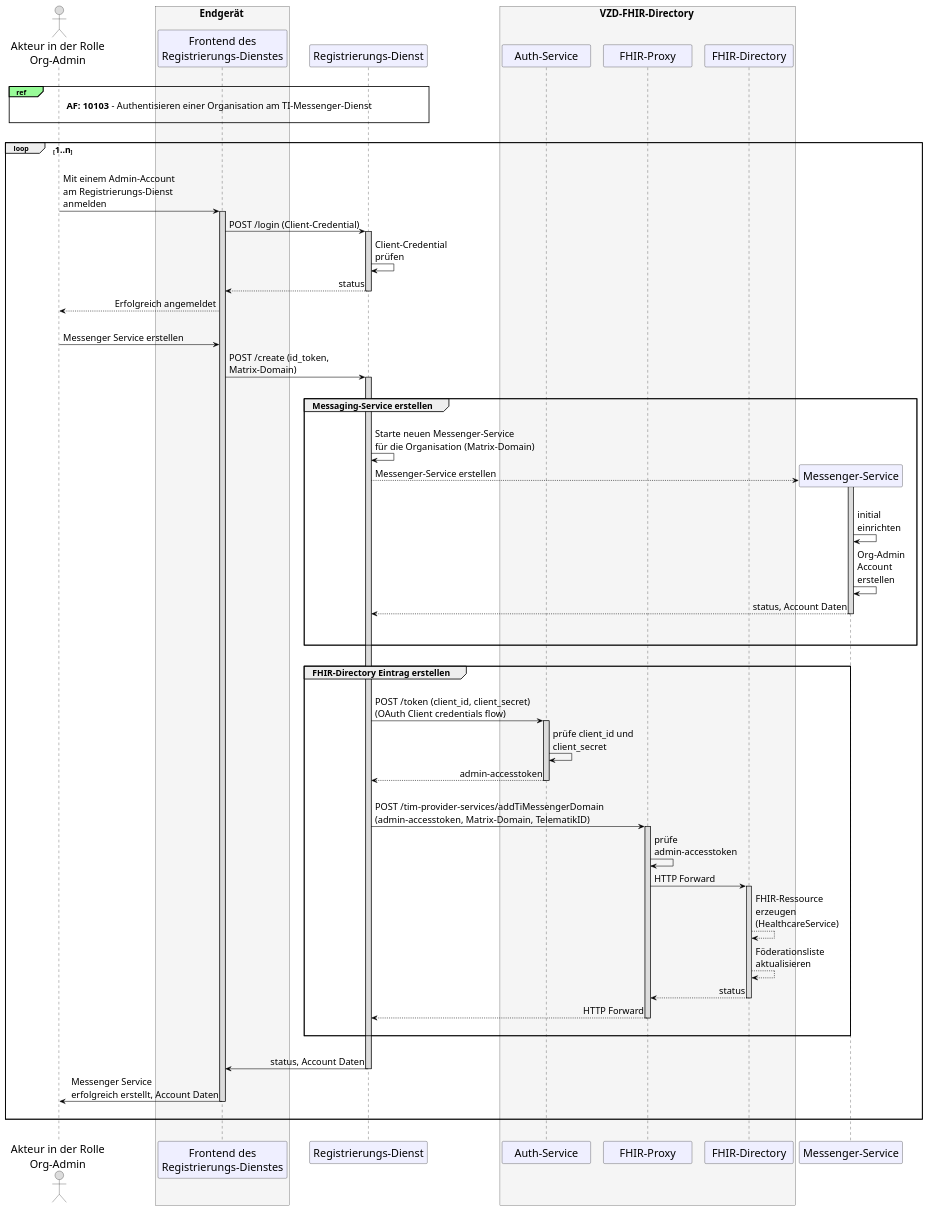
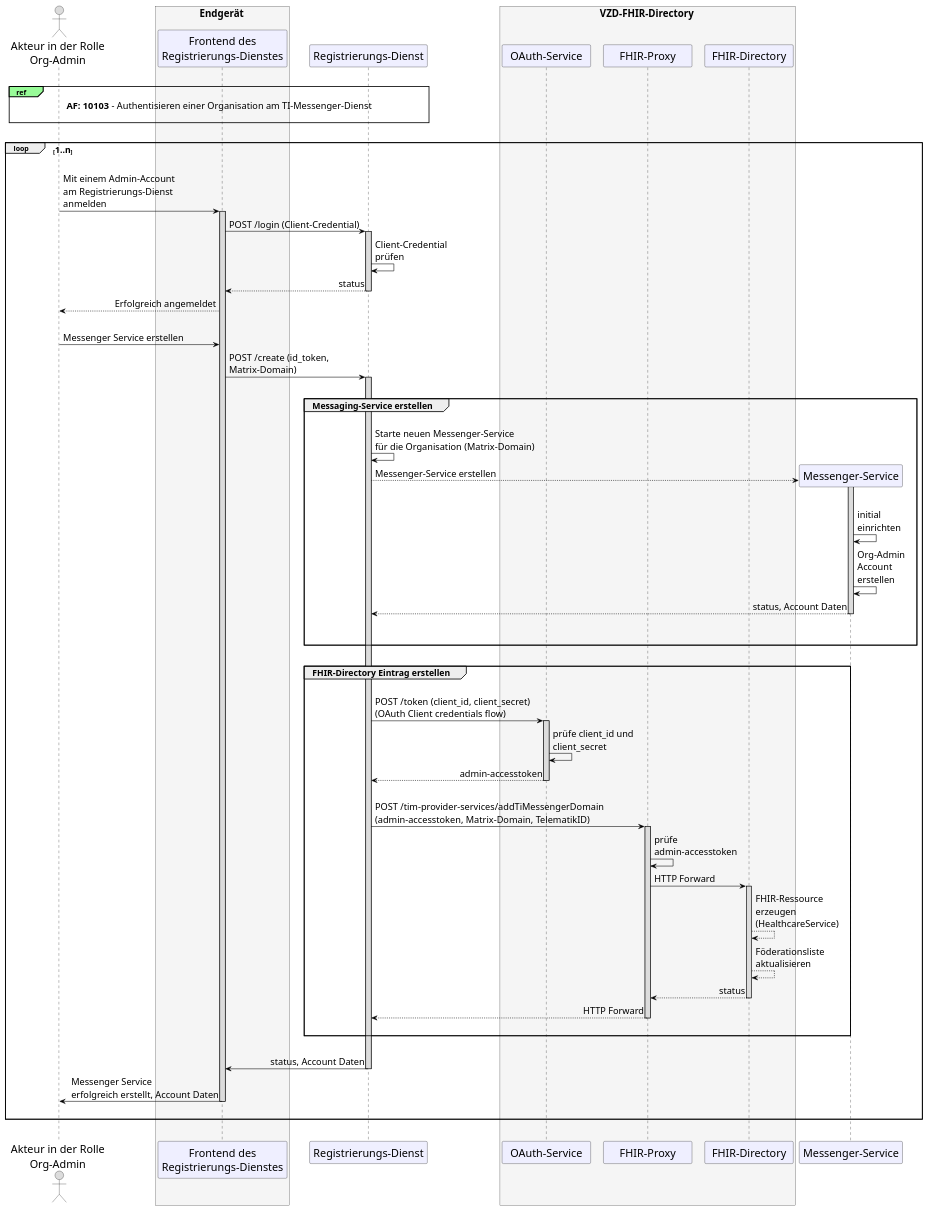
Before and after one commit to gematik/api-ti-messenger: the diagram in src/plantuml/TI-Messenger-Dienst/Ressourcen/UC_10060_Seq.puml, drawn with PlantUML.

```diff
--- a/src/plantuml/TI-Messenger-Dienst/Ressourcen/UC_10060_Seq.puml
+++ b/src/plantuml/TI-Messenger-Dienst/Ressourcen/UC_10060_Seq.puml
@@ -9,108 +9,108 @@
 @startuml
 skinparam sequenceMessageAlign direction
 skinparam WrapWidth 300
 skinparam minClassWidth 150
 skinparam BoxPadding 1
 skinparam sequenceReferenceHeaderBackgroundColor palegreen
 scale max 2048 width
 
 skinparam sequence {
 ArrowColor black
 ArrowFontSize 17
 ActorBorderColor black
 LifeLineBorderColor black
 LifeLineBackgroundColor Gainsboro
 
 ParticipantBorderColor Motivation
 ParticipantBackgroundColor Motivation
 ParticipantFontName Impact
 ParticipantFontSize 20
 ParticipantFontColor black
 ParticipantBorderColor Black
 ParticipantBackgroundColor MOTIVATION
 
 ActorBackgroundColor Gainsboro
 ActorFontColor black
 ActorFontSize 20
 ActorFontName Aapex
 }
     actor U as "Akteur in der Rolle\nOrg-Admin"
     box <size:18>Endgerät</size> #WhiteSmoke
       participant C as "Frontend des\nRegistrierungs-Dienstes"
     end box
     participant R as "Registrierungs-Dienst"
     box <size:18>VZD-FHIR-Directory</size> #WhiteSmoke
-    participant Auth as "Auth-Service"
+    participant Auth as "OAuth-Service"
     participant FP as "FHIR-Proxy"
     participant VZD as "FHIR-Directory"
     end box
 
 |||
 ref over U, R: <size:17>**AF: 10103** - Authentisieren einer Organisation am TI-Messenger-Dienst</size>\n 
 |||
 
 loop <size:16>1..n</size>
   |||
   U->C: Mit einem Admin-Account \nam Registrierungs-Dienst \nanmelden
     Activate C
   C->R: POST /login (Client-Credential)
     Activate R
   R->R: Client-Credential \nprüfen
   R-->C: status
     Deactivate R
   C-->U: Erfolgreich angemeldet
   |||
   U->C: Messenger Service erstellen
   C->R: POST /create (id_token, \nMatrix-Domain)
     Activate R
     
     |||
     group <size:16>Messaging-Service erstellen</size>
     |||
       R->R: Starte neuen Messenger-Service \nfür die Organisation (Matrix-Domain)
         create "Messenger-Service"
           R-->"Messenger-Service" : Messenger-Service erstellen 
         Activate "Messenger-Service"
       |||
       "Messenger-Service"->"Messenger-Service": initial \neinrichten
       "Messenger-Service"->"Messenger-Service": Org-Admin\nAccount\nerstellen
       "Messenger-Service"-->R: status, Account Daten
       |||
         Deactivate "Messenger-Service"
     |||
     end
     
     |||
     
     group <size:16>FHIR-Directory Eintrag erstellen</size>
     |||
       R->Auth: POST /token (client_id, client_secret) \n(OAuth Client credentials flow)
         Activate Auth
       Auth->Auth: prüfe client_id und \nclient_secret
       Auth-->R: admin-accesstoken
         Deactivate Auth
       |||
       R->FP: POST /tim-provider-services/addTiMessengerDomain \n(admin-accesstoken, Matrix-Domain, TelematikID)
         Activate FP
       FP->FP: prüfe \nadmin-accesstoken
       FP->VZD: HTTP Forward
         Activate VZD
       VZD-->VZD: FHIR-Ressource \nerzeugen \n(HealthcareService)
       VZD-->VZD: Föderationsliste\naktualisieren
       VZD-->FP: status
         Deactivate VZD
       FP-->R: HTTP Forward
         Deactivate FP
 
     |||
     end
 
   |||
   R->C: status, Account Daten
     Deactivate R
   C->U: Messenger Service \nerfolgreich erstellt, Account Daten
     Deactivate C
   |||
 end
 |||
 @enduml
```
